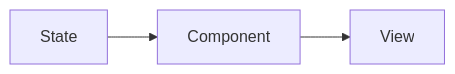
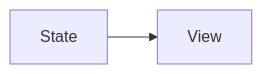
One commit to Swift-ImmutableData/ImmutableData-Book changed the first of 6 diagrams in Chapters/Chapter-01.md. Above: the diagram before and after it, drawn with Mermaid. The commit also changed other lines of this file and 14 other files, not shown here.

````diff
--- a/Chapters/Chapter-01.md
+++ b/Chapters/Chapter-01.md
@@ -47,5 +47,6 @@
 ```mermaid
 flowchart LR
-  State --> Component
-  Component --> View
+  accTitle: Data Flow in SwiftUI Part One
+  accDescr: Our view is a function of state.
+  State --> View
 ```
````
